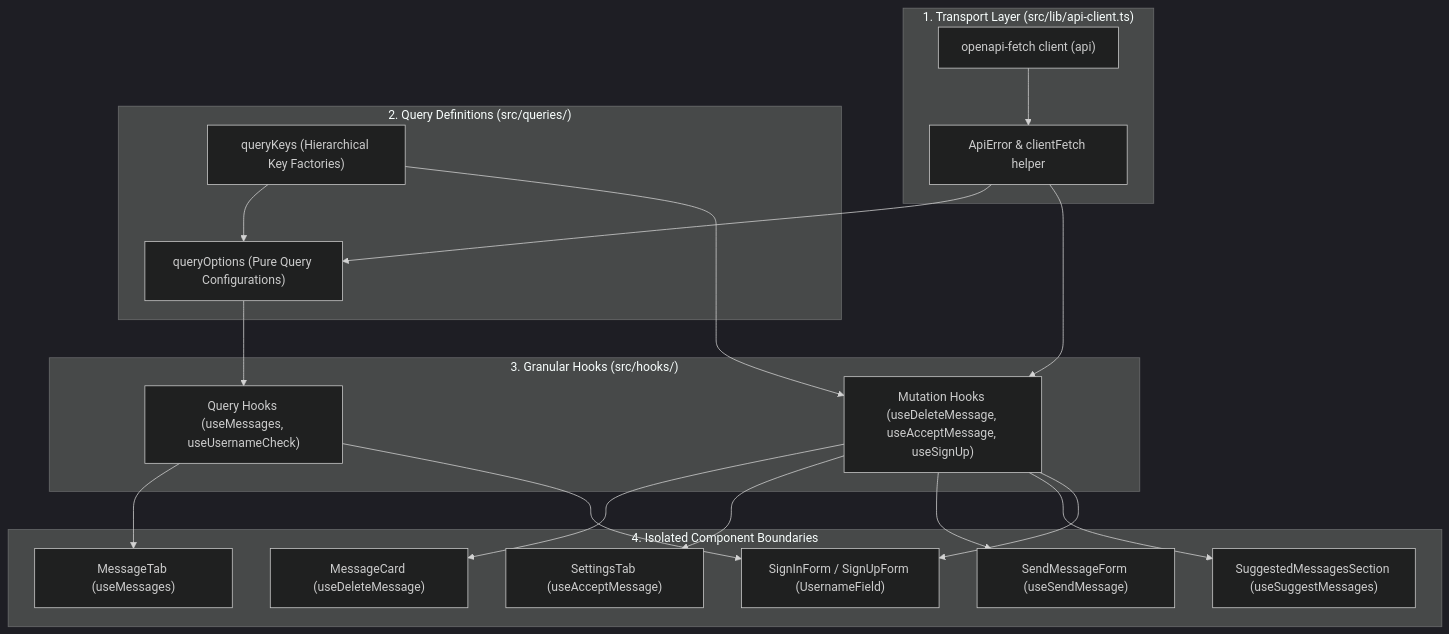
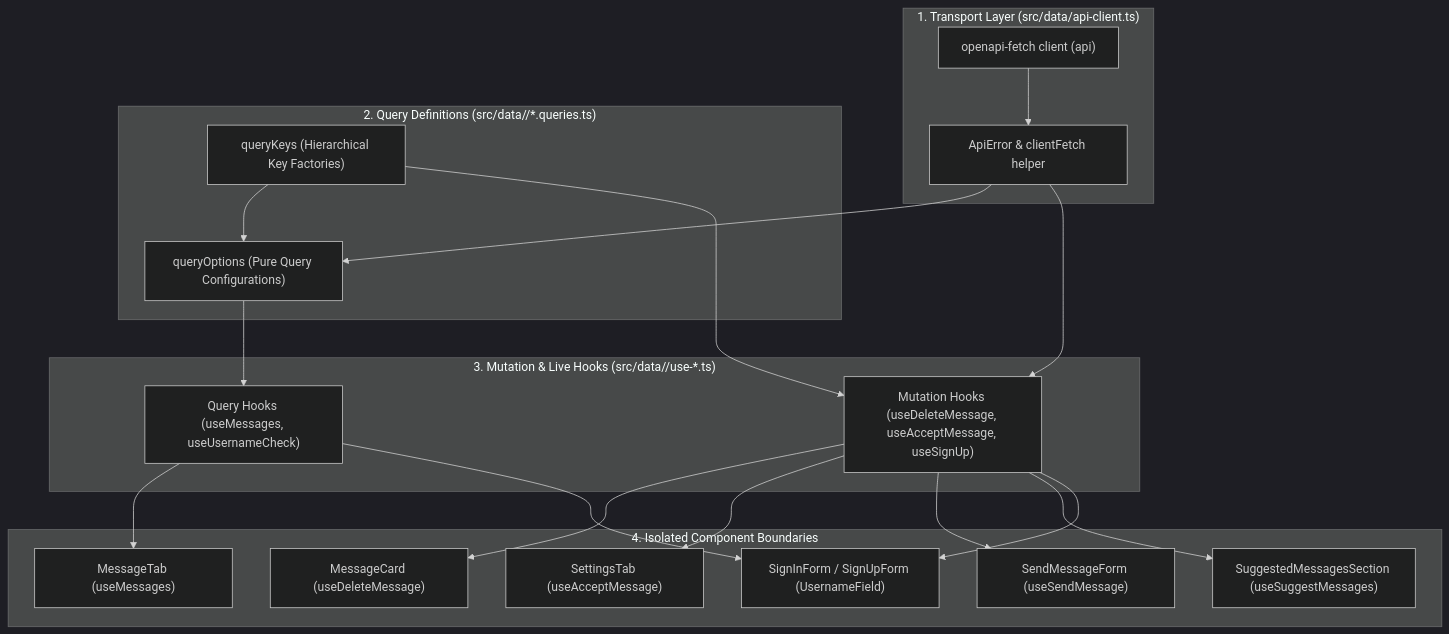
The first of 2 diagrams in docs/api-and-react-query-architecture.md (Abbas4tech/GhostMsg), drawn with Mermaid (dark theme) before and after one commit. The commit also changed other lines of this file and 198 other files, not shown here.

````diff
--- a/docs/api-and-react-query-architecture.md
+++ b/docs/api-and-react-query-architecture.md
@@ -13,40 +13,40 @@
 ```mermaid
 flowchart TD
-    subgraph Layer1["1. Transport Layer (src/lib/api-client.ts)"]
+    subgraph Layer1["1. Transport Layer (src/data/api-client.ts)"]
         API["openapi-fetch client (api)"]
         ERR["ApiError & clientFetch helper"]
     end
 
-    subgraph Layer2["2. Query Definitions (src/queries/)"]
+    subgraph Layer2["2. Query Definitions (src/data/<domain>/*.queries.ts)"]
         KEYS["queryKeys (Hierarchical Key Factories)"]
         OPTS["queryOptions (Pure Query Configurations)"]
     end
 
-    subgraph Layer3["3. Granular Hooks (src/hooks/)"]
+    subgraph Layer3["3. Mutation & Live Hooks (src/data/<domain>/use-*.ts)"]
         QHOOKS["Query Hooks (useMessages, useUsernameCheck)"]
         MHOOKS["Mutation Hooks (useDeleteMessage, useAcceptMessage, useSignUp)"]
     end
 
     subgraph Layer4["4. Isolated Component Boundaries"]
         MSG_TAB["MessageTab (useMessages)"]
         MSG_CARD["MessageCard (useDeleteMessage)"]
         SET_TAB["SettingsTab (useAcceptMessage)"]
         SEND_FORM["SendMessageForm (useSendMessage)"]
         SUGG_SEC["SuggestedMessagesSection (useSuggestMessages)"]
         AUTH_FORMS["SignInForm / SignUpForm (UsernameField)"]
     end
 
     API --> ERR
     ERR --> OPTS
     KEYS --> OPTS
     OPTS --> QHOOKS
     ERR --> MHOOKS
     KEYS --> MHOOKS
     QHOOKS --> MSG_TAB
     MHOOKS --> MSG_CARD
     MHOOKS --> SET_TAB
     MHOOKS --> SEND_FORM
     MHOOKS --> SUGG_SEC
     MHOOKS --> AUTH_FORMS
     QHOOKS --> AUTH_FORMS
 ```
````
